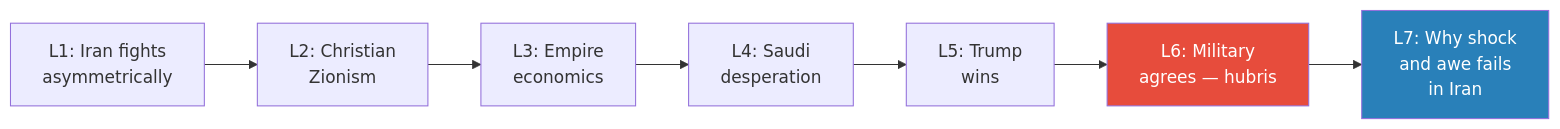
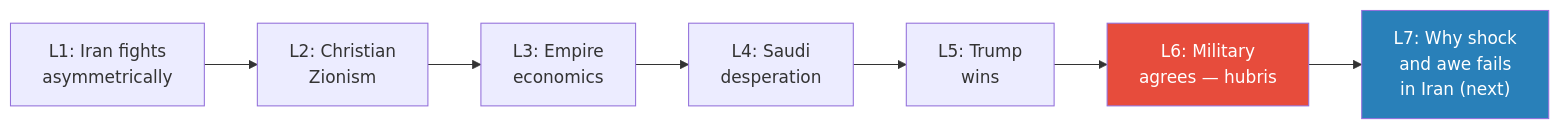
One commit to alius33/reader changed the first of 7 diagrams in summaries/Lectures/Geo-Strategy/06 - America's Imperial Hubris.md. Above: the diagram before and after it, drawn with Mermaid. The commit also changed other lines of this file and 26 other files, not shown here.

````diff
--- a/summaries/Lectures/Geo-Strategy/06 - America's Imperial Hubris.md
+++ b/summaries/Lectures/Geo-Strategy/06 - America's Imperial Hubris.md
@@ -39,13 +58,13 @@
 ```mermaid
 flowchart LR
     L1["L1: Iran fights<br/>asymmetrically"]
     L2["L2: Christian<br/>Zionism"]
     L3["L3: Empire<br/>economics"]
     L4["L4: Saudi<br/>desperation"]
     L5["L5: Trump<br/>wins"]
     L6["L6: Military<br/>agrees — hubris"]
-    L7["L7: Why shock<br/>and awe fails<br/>in Iran"]
+    L7["L7: Why shock<br/>and awe fails<br/>in Iran (next)"]
     L1 --> L2 --> L3 --> L4 --> L5 --> L6 --> L7
     style L6 fill:#e74c3c,color:#fff
     style L7 fill:#2980b9,color:#fff
 ```
````
